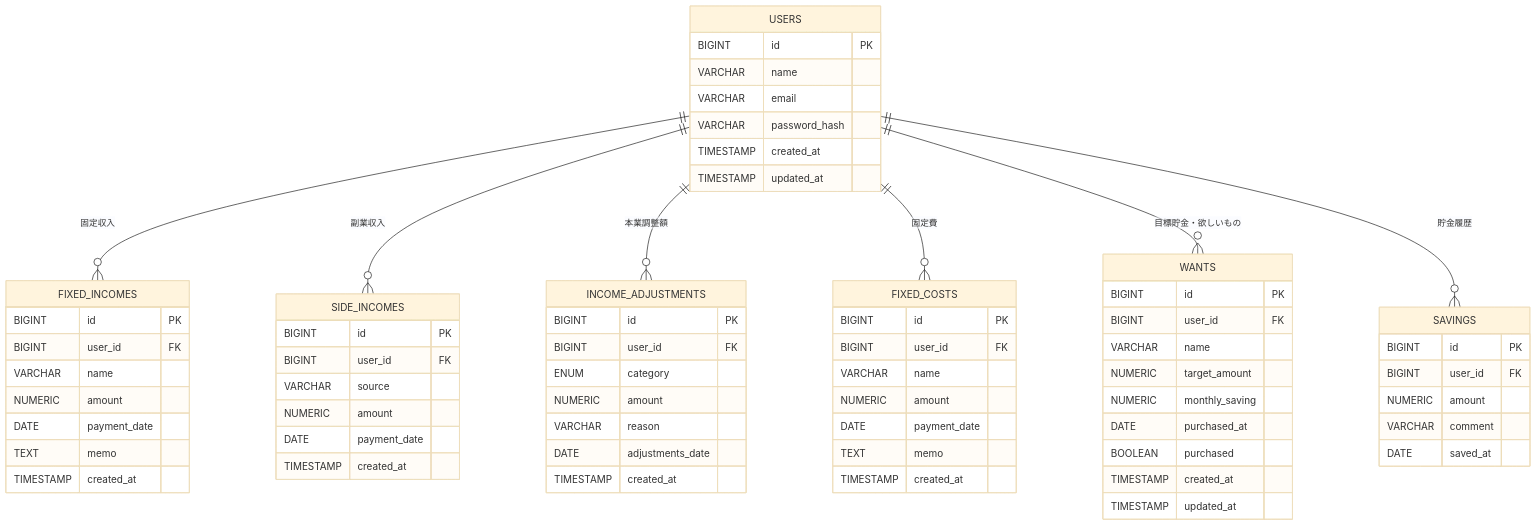
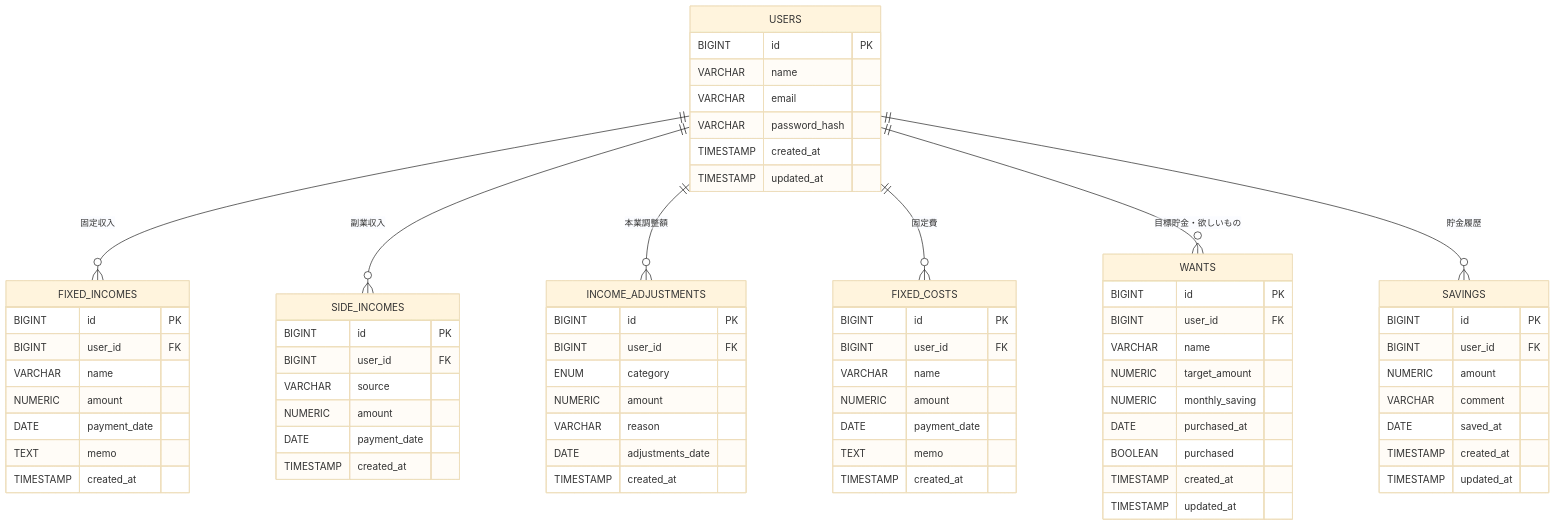
Before and after one commit to ryutaKimu/kakebo: the diagram in mermaid.mmd, drawn with Mermaid (base theme).

Commit message:
fix: modify mermaid diagrams

```diff
--- a/mermaid.mmd
+++ b/mermaid.mmd
@@ -1,84 +1,86 @@
 erDiagram
     %% ===== ユーザー =====
     USERS {
         BIGINT id PK
         VARCHAR name
         VARCHAR email
         VARCHAR password_hash
         TIMESTAMP created_at
         TIMESTAMP updated_at
     }
 
     %% ===== 収入系 =====
     FIXED_INCOMES {
         BIGINT id PK
         BIGINT user_id FK
         VARCHAR name
         NUMERIC amount
         DATE payment_date
         TEXT memo
         TIMESTAMP created_at
     }
 
     SIDE_INCOMES {
         BIGINT id PK
         BIGINT user_id FK
         VARCHAR source
         NUMERIC amount
         DATE payment_date
         TIMESTAMP created_at
     }
 
     INCOME_ADJUSTMENTS {
         BIGINT id PK
         BIGINT user_id FK
         ENUM category
         NUMERIC amount
         VARCHAR reason
         DATE adjustments_date
         TIMESTAMP created_at
     }
 
     %% ===== 支出系 =====
     FIXED_COSTS {
         BIGINT id PK
         BIGINT user_id FK
         VARCHAR name
         NUMERIC amount
         DATE payment_date
         TEXT memo
         TIMESTAMP created_at
     }
     %% ===== 目標系 =====
     WANTS {
         BIGINT id PK
         BIGINT user_id FK
         VARCHAR name
         NUMERIC target_amount
         NUMERIC monthly_saving
         DATE purchased_at
         BOOLEAN purchased
         TIMESTAMP created_at
         TIMESTAMP updated_at
     }
 
     %% ===== 貯金 =====
     SAVINGS {
         BIGINT id PK
         BIGINT user_id FK
         NUMERIC amount
         VARCHAR comment
         DATE saved_at
+        TIMESTAMP created_at
+        TIMESTAMP updated_at
     }
 
     %% ===== 関係 =====
     USERS ||--o{ FIXED_INCOMES : "固定収入"
     USERS ||--o{ SIDE_INCOMES : "副業収入"
     USERS ||--o{ INCOME_ADJUSTMENTS : "本業調整額"
     USERS ||--o{ FIXED_COSTS : "固定費"
     USERS ||--o{ WANTS : "目標貯金・欲しいもの"
     USERS ||--o{ SAVINGS : "貯金履歴"
 
     %% ===== 履歴テーブルの補足 =====
     %% HISTORY_FIXED_INCOME, HISTORY_SIDE_INCOME, HISTORY_INCOME_ADJUSTMENTS, HISTORY_VARIABLE_COSTS
     %% は現行テーブルと同構造で
```
